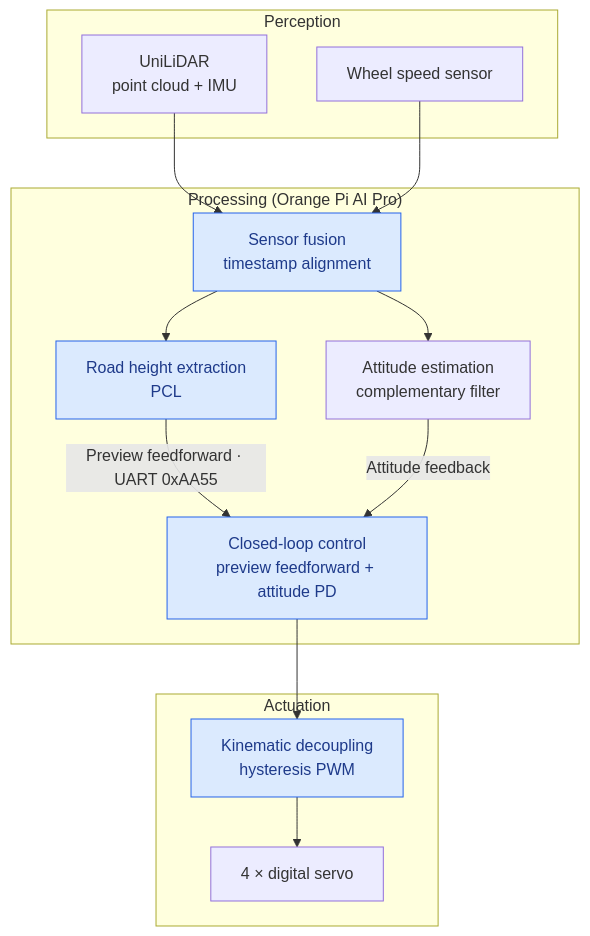
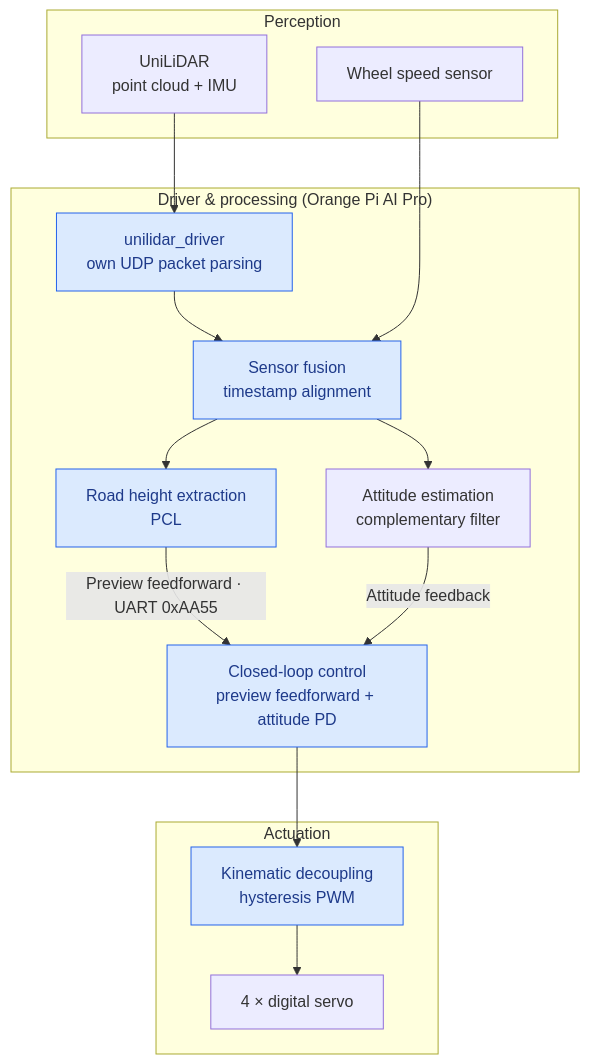
Before and after one commit to qi-neo/active-suspension-lidar-preview: the first of 4 diagrams in README.en.md, drawn with Mermaid. The commit also changed other lines of this file and 17 other files, not shown here.

First line of the commit message:
feat: 新增 unilidar_driver 宇树 L1 雷达驱动

````diff
--- a/README.en.md
+++ b/README.en.md
@@ -31,27 +31,29 @@
 ```mermaid
 %%{init: {"fontFamily": "-apple-system, BlinkMacSystemFont, PingFang SC, Helvetica Neue, Microsoft YaHei, sans-serif"}}%%
 flowchart TB
     subgraph S1["Perception"]
         L["UniLiDAR<br/>point cloud + IMU"]
         W["Wheel speed sensor"]
     end
-    subgraph S2["Processing (Orange Pi AI Pro)"]
+    subgraph S2["Driver & processing (Orange Pi AI Pro)"]
+        DR["unilidar_driver<br/>own UDP packet parsing"]
         F["Sensor fusion<br/>timestamp alignment"]
         P["Road height extraction<br/>PCL"]
         A["Attitude estimation<br/>complementary filter"]
         C["Closed-loop control<br/>preview feedforward + attitude PD"]
     end
     subgraph S3["Actuation"]
         K["Kinematic decoupling<br/>hysteresis PWM"]
         D["4 × digital servo"]
     end
-    L --> F
+    L --> DR
+    DR --> F
     W --> F
     F --> P
     F --> A
     P -->|Preview feedforward · UART 0xAA55| C
     A -->|Attitude feedback| C
     C --> K --> D
     classDef inrepo fill:#dbeafe,stroke:#2563eb,color:#1e3a8a
-    class F,P,C,K inrepo
+    class DR,F,P,C,K inrepo
 ```
````
